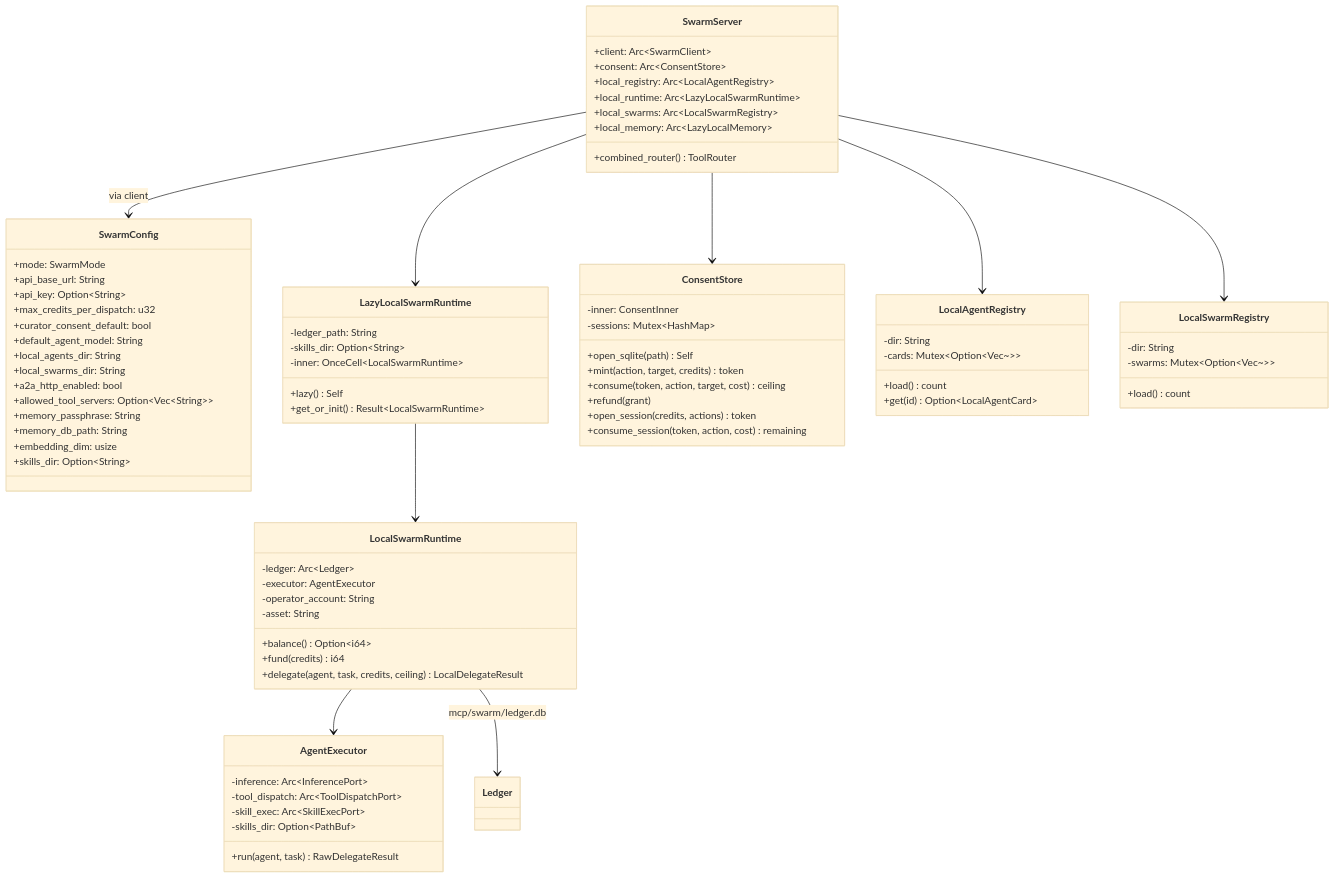
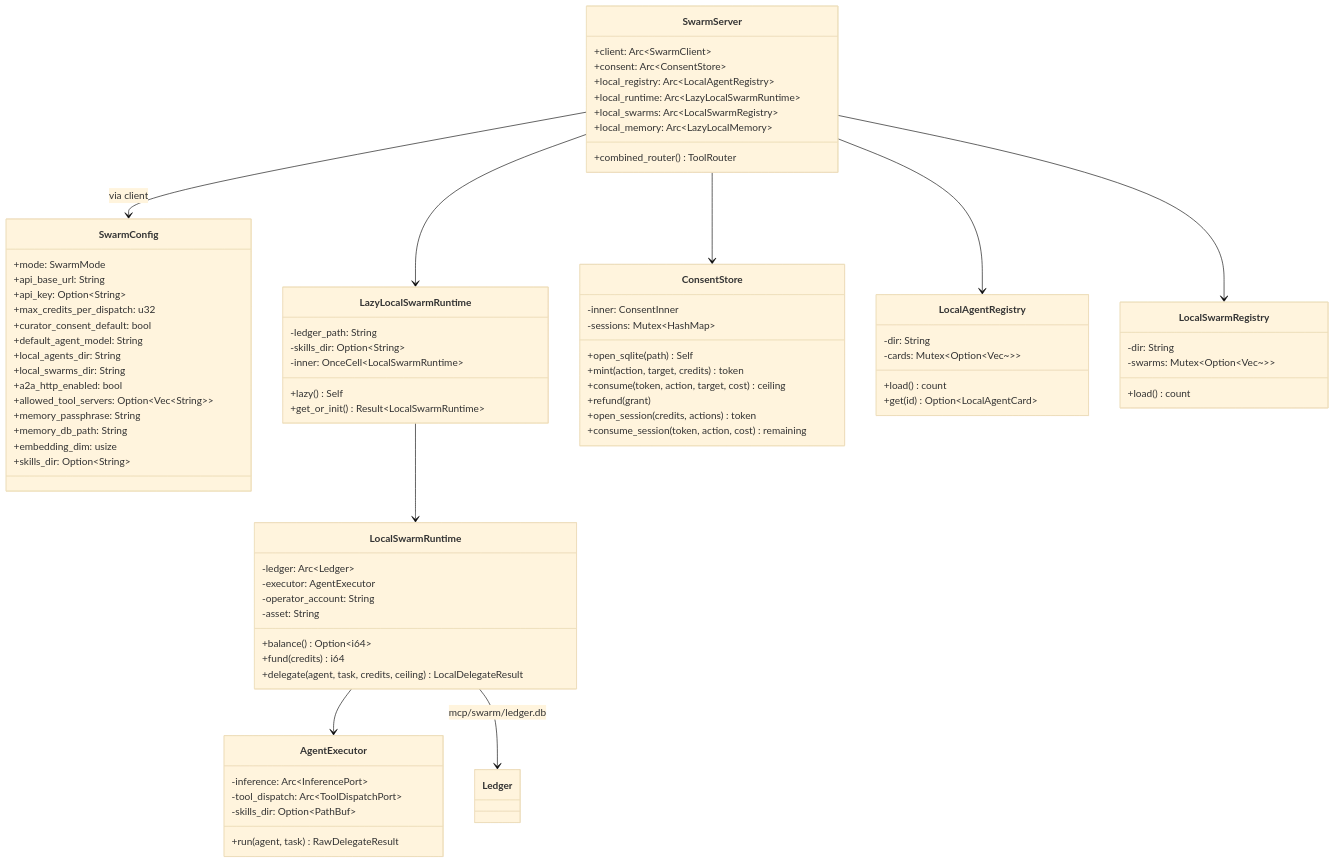
The first of 2 diagrams in kask/docs/diataxis/swarm_system/reference.md (mdz-axo/zed-kask), drawn with Mermaid (base theme) before and after one commit. The commit also changed 30 other files, not shown here.

````diff
--- a/kask/docs/diataxis/swarm_system/reference.md
+++ b/kask/docs/diataxis/swarm_system/reference.md
@@ -21,80 +21,79 @@
 ```mermaid
 classDiagram
     class SwarmServer {
         +client: Arc~SwarmClient~
         +consent: Arc~ConsentStore~
         +local_registry: Arc~LocalAgentRegistry~
         +local_runtime: Arc~LazyLocalSwarmRuntime~
         +local_swarms: Arc~LocalSwarmRegistry~
         +local_memory: Arc~LazyLocalMemory~
         +combined_router() ToolRouter
     }
     class SwarmConfig {
         +mode: SwarmMode
         +api_base_url: String
         +api_key: Option~String~
         +max_credits_per_dispatch: u32
         +curator_consent_default: bool
         +default_agent_model: String
         +local_agents_dir: String
         +local_swarms_dir: String
         +a2a_http_enabled: bool
         +allowed_tool_servers: Option~Vec~String~~
         +memory_passphrase: String
         +memory_db_path: String
         +embedding_dim: usize
         +skills_dir: Option~String~
     }
     class LazyLocalSwarmRuntime {
         -ledger_path: String
         -skills_dir: Option~String~
         -inner: OnceCell~LocalSwarmRuntime~
         +lazy() Self
         +get_or_init() Result~LocalSwarmRuntime~
     }
     class LocalSwarmRuntime {
         -ledger: Arc~Ledger~
         -executor: AgentExecutor
         -operator_account: String
         -asset: String
         +balance() Option~i64~
         +fund(credits) i64
         +delegate(agent, task, credits, ceiling) LocalDelegateResult
     }
     class AgentExecutor {
         -inference: Arc~InferencePort~
         -tool_dispatch: Arc~ToolDispatchPort~
-        -skill_exec: Arc~SkillExecPort~
         -skills_dir: Option~PathBuf~
         +run(agent, task) RawDelegateResult
     }
     class ConsentStore {
         -inner: ConsentInner
         -sessions: Mutex~HashMap~
         +open_sqlite(path) Self
         +mint(action, target, credits) token
         +consume(token, action, target, cost) ceiling
         +refund(grant)
         +open_session(credits, actions) token
         +consume_session(token, action, cost) remaining
     }
     class LocalAgentRegistry {
         -dir: String
         -cards: Mutex~Option~Vec~~~
         +load() count
         +get(id) Option~LocalAgentCard~
     }
     class LocalSwarmRegistry {
         -dir: String
         -swarms: Mutex~Option~Vec~~~
         +load() count
     }
     SwarmServer --> SwarmConfig : via client
     SwarmServer --> ConsentStore
     SwarmServer --> LocalAgentRegistry
     SwarmServer --> LazyLocalSwarmRuntime
     SwarmServer --> LocalSwarmRegistry
     LazyLocalSwarmRuntime --> LocalSwarmRuntime
     LocalSwarmRuntime --> AgentExecutor
     LocalSwarmRuntime --> Ledger : mcp/swarm/ledger.db
 ```
````
